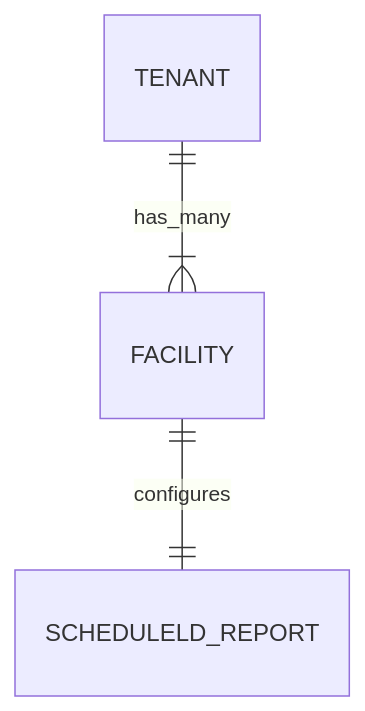
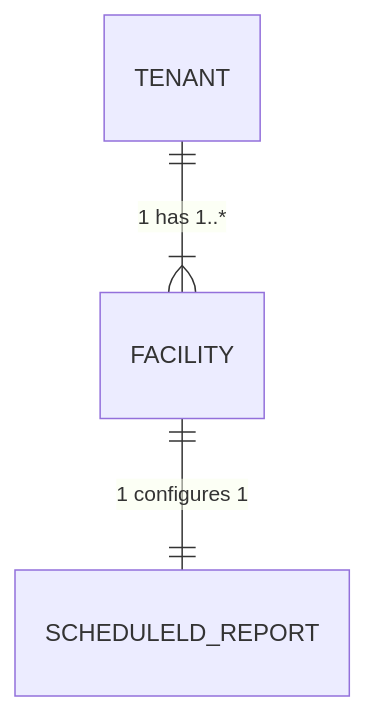
One commit to lantanagroup/link-cloud changed the third of 9 diagrams in docs/docs/proposals/tenant-multi-facility-proposal.mdx. Above: the diagram before and after it, drawn with Mermaid. The commit also changed other lines of this file, not shown here.

Commit message:
Updated ERD relationship labels

````diff
--- a/docs/docs/proposals/tenant-multi-facility-proposal.mdx
+++ b/docs/docs/proposals/tenant-multi-facility-proposal.mdx
@@ -146,7 +146,7 @@
 ```mermaid
 
 erDiagram
-	TENANT||--|{FACILITY:"has_many"
-	FACILITY||--||SCHEDULELD_REPORT:"configures"
+	TENANT||--|{FACILITY:"1 has 1..*"
+	FACILITY||--||SCHEDULELD_REPORT:"1 configures 1"
 
 ```
````
